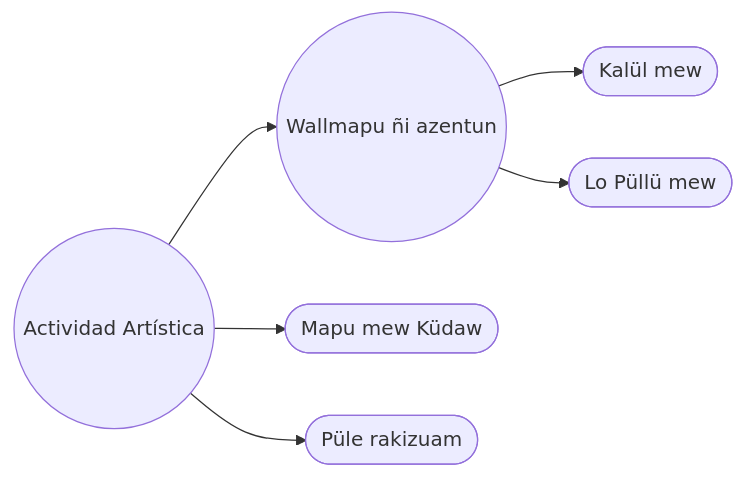
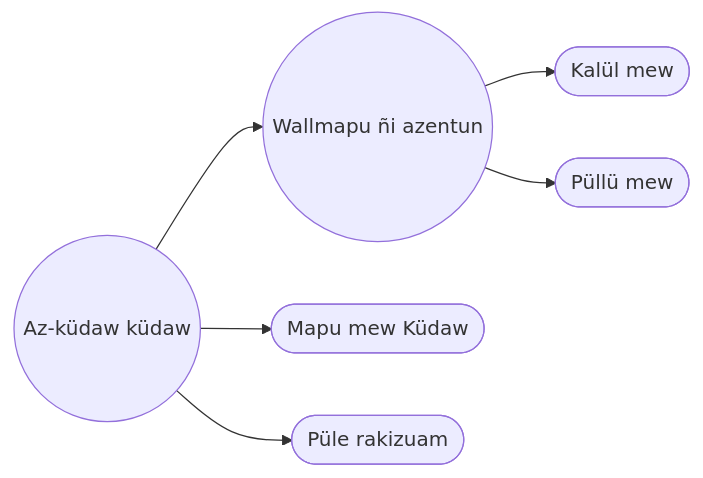
The first of 3 diagrams in MPD/mundo-exterior.md (EGGS-Artesvisuales/EGGS-Artesvisuales.github.io), drawn with Mermaid before and after one commit. The commit also changed other lines of this file and 11 other files, not shown here.

```diff
--- a/MPD/mundo-exterior.md
+++ b/MPD/mundo-exterior.md
@@ -14,21 +14,21 @@
 <div class="mermaid">
 flowchart LR
-  principal((Actividad Artística))
+  principal((Az-küdaw küdaw))
   representacion(("Wallmapu ñi azentun"))
   accion(["Mapu mew Küdaw"])
   interior(["Püle rakizuam"])
 
   principal --> representacion
   principal --> accion
   principal --> interior
 
   representacion --> tangible(["Kalül mew"])
-  representacion --> intangible(["Lo Püllü mew"])
+  representacion --> intangible(["Püllü mew"])
 
-  click principal "/MPD/index.html" "Ir al Wünen"
+  click principal "/MPD/index.html" "Amun: Wünen"
   click representacion "/MPD/mundo-exterior.html" "Amun: Wallmapu ñi azentun"
   click tangible "/MPD/tangible.html" "Amun: Kalül mew"
-  click intangible "/MPD/intangible.html" "Amun: Lo Püllü mew"
+  click intangible "/MPD/intangible.html" "Amun: Püllü mew"
   click accion "/MPD/accion.html" "Amun: Mapu mew Küdaw"
   click interior "/MPD/interior.html" "Amun: Püle rakizuam"
 </div>
```
